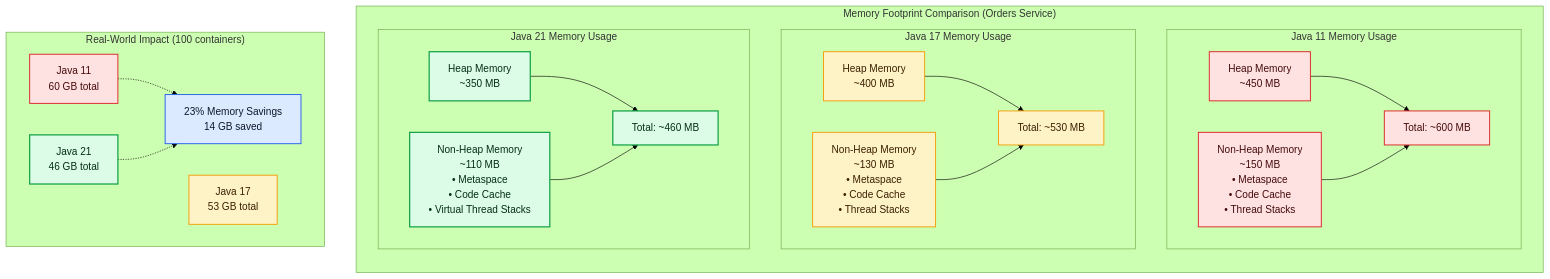
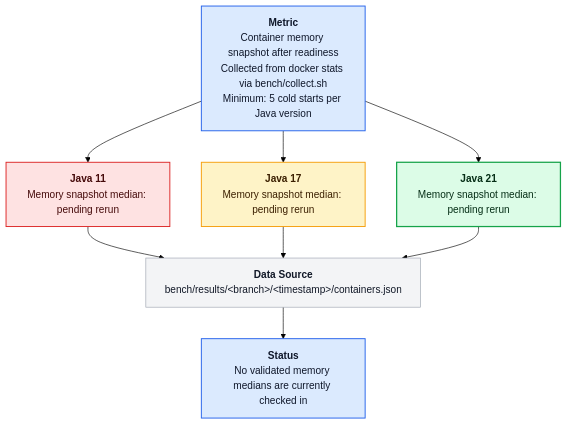
The diagram in docs/episodes/episode-07/assets/diagrams/E07-D02-memory-footprint-comparison.md (SaschaMoellering/acmecorp-platform), drawn with Mermaid (forest theme) before and after one commit. The commit also changed 14 other files, not shown here.

````diff
--- a/docs/episodes/episode-07/assets/diagrams/E07-D02-memory-footprint-comparison.md
+++ b/docs/episodes/episode-07/assets/diagrams/E07-D02-memory-footprint-comparison.md
@@ -1,51 +1,27 @@
 ```mermaid
 flowchart TB
 
 %% === AcmeCorp Diagram Style Standard ===
 classDef java11 fill:#FEE2E2,stroke:#DC2626,stroke-width:1.5px,color:#450A0A;
 classDef java17 fill:#FEF3C7,stroke:#F59E0B,stroke-width:1.5px,color:#3B1F00;
 classDef java21 fill:#DCFCE7,stroke:#16A34A,stroke-width:2px,color:#052E16;
 classDef metric fill:#DBEAFE,stroke:#2563EB,stroke-width:1.5px,color:#0F172A;
 classDef component fill:#F3F4F6,stroke:#9CA3AF,stroke-width:1px,color:#111827;
 
-subgraph Comparison["Memory Footprint Comparison (Orders Service)"]
-    direction TB
-    
-    subgraph Java11["Java 11 Memory Usage"]
-        J11Heap[Heap Memory<br/>~450 MB]:::java11
-        J11NonHeap[Non-Heap Memory<br/>~150 MB<br/>• Metaspace<br/>• Code Cache<br/>• Thread Stacks]:::java11
-        J11Total[Total: ~600 MB]:::java11
-        
-        J11Heap --> J11Total
-        J11NonHeap --> J11Total
-    end
-    
-    subgraph Java17["Java 17 Memory Usage"]
-        J17Heap[Heap Memory<br/>~400 MB]:::java17
-        J17NonHeap[Non-Heap Memory<br/>~130 MB<br/>• Metaspace<br/>• Code Cache<br/>• Thread Stacks]:::java17
-        J17Total[Total: ~530 MB]:::java17
-        
-        J17Heap --> J17Total
-        J17NonHeap --> J17Total
-    end
-    
-    subgraph Java21["Java 21 Memory Usage"]
-        J21Heap[Heap Memory<br/>~350 MB]:::java21
-        J21NonHeap[Non-Heap Memory<br/>~110 MB<br/>• Metaspace<br/>• Code Cache<br/>• Virtual Thread Stacks]:::java21
-        J21Total[Total: ~460 MB]:::java21
-        
-        J21Heap --> J21Total
-        J21NonHeap --> J21Total
-    end
-end
+Method["<b>Metric</b><br/>Container memory snapshot after readiness<br/>Collected from docker stats via bench/collect.sh<br/>Minimum: 5 cold starts per Java version"]:::metric
 
-subgraph Impact["Real-World Impact (100 containers)"]
-    I11[Java 11<br/>60 GB total]:::java11
-    I17[Java 17<br/>53 GB total]:::java17
-    I21[Java 21<br/>46 GB total]:::java21
-    Savings[23% Memory Savings<br/>14 GB saved]:::metric
-    
-    I11 -.-> Savings
-    I21 -.-> Savings
-end
+J11["<b>Java 11</b><br/>Memory snapshot median: pending rerun"]:::java11
+J17["<b>Java 17</b><br/>Memory snapshot median: pending rerun"]:::java17
+J21["<b>Java 21</b><br/>Memory snapshot median: pending rerun"]:::java21
+
+Data["<b>Data Source</b><br/>bench/results/&lt;branch&gt;/&lt;timestamp&gt;/containers.json"]:::component
+Status["<b>Status</b><br/>No validated memory medians are currently checked in"]:::metric
+
+Method --> J11
+Method --> J17
+Method --> J21
+J11 --> Data
+J17 --> Data
+J21 --> Data
+Data --> Status
 ```
````
